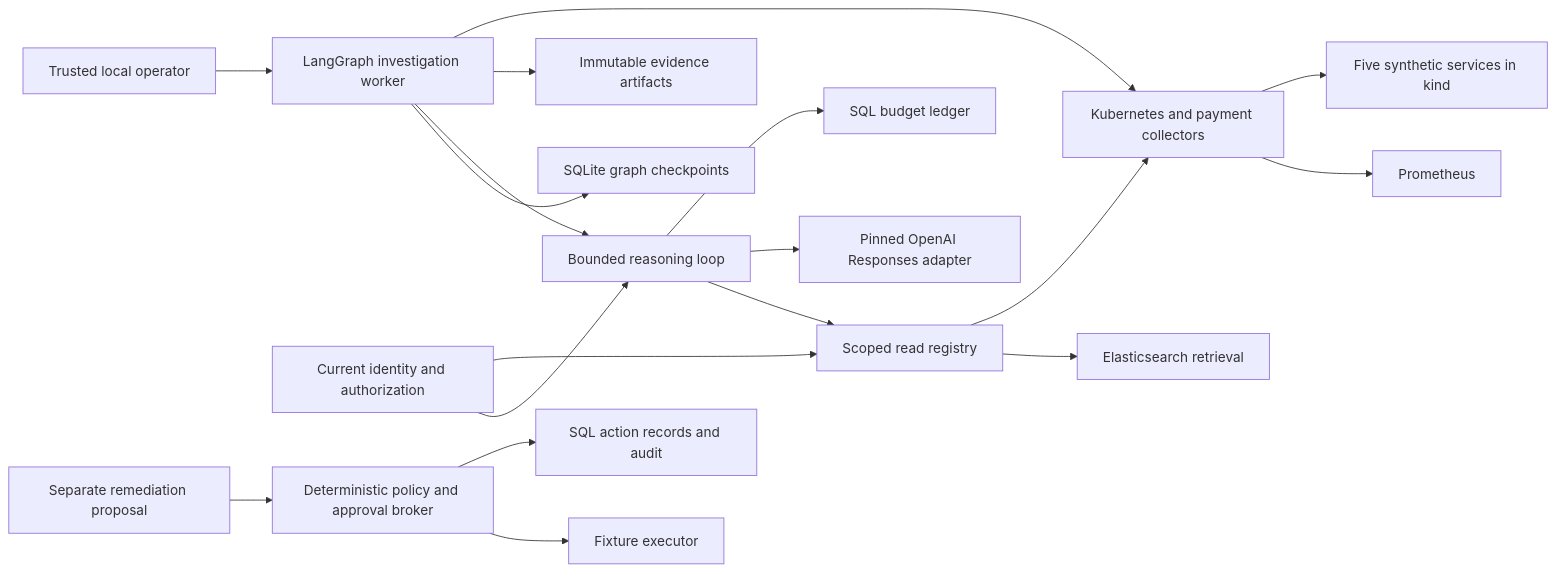
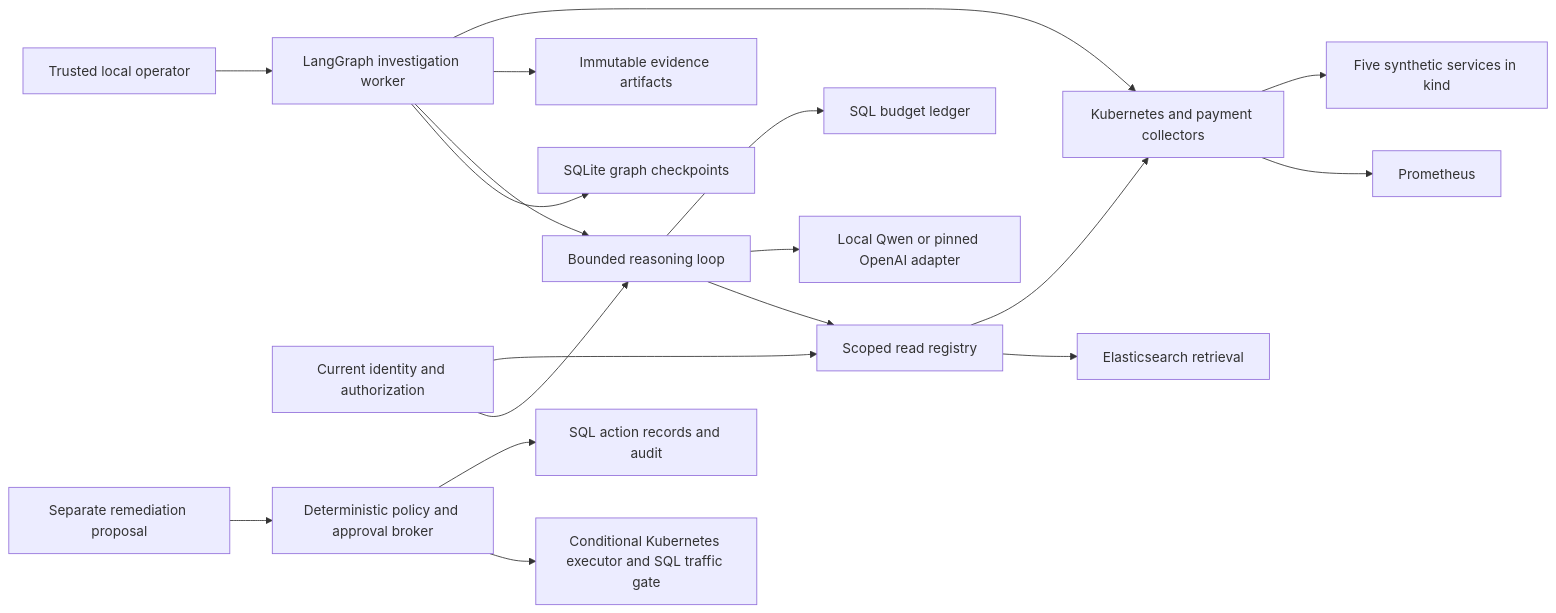
The first of 2 diagrams in docs/HLD.md (chinmayarvind23/pay-ops), drawn with Mermaid before and after one commit. The commit also changed 7 other files, not shown here.

````diff
--- a/docs/HLD.md
+++ b/docs/HLD.md
@@ -11,20 +11,20 @@
 ```mermaid
 flowchart LR
     CLI[Trusted local operator] --> W[LangGraph investigation worker]
     W --> C[Kubernetes and payment collectors]
     C --> K[Five synthetic services in kind]
     C --> P[Prometheus]
     W --> A[Immutable evidence artifacts]
     W --> L[Bounded reasoning loop]
     L --> B[SQL budget ledger]
-    L --> M[Pinned OpenAI Responses adapter]
+    L --> M[Local Qwen or pinned OpenAI adapter]
     L --> R[Scoped read registry]
     R --> C
     R --> E[Elasticsearch retrieval]
     W --> CP[SQLite graph checkpoints]
     AUTH[Current identity and authorization] --> R
     AUTH --> L
     PRO[Separate remediation proposal] --> POL[Deterministic policy and approval broker]
     POL --> SQL[SQL action records and audit]
-    POL --> FX[Fixture executor]
+    POL --> FX[Conditional Kubernetes executor and SQL traffic gate]
 ```
````
